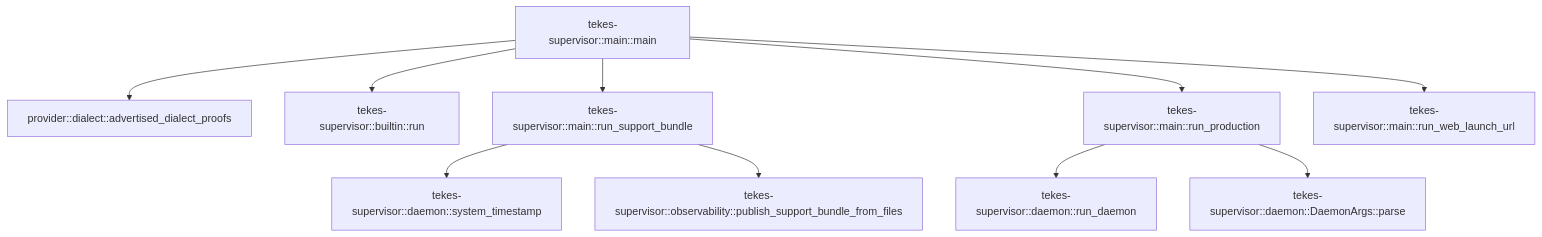
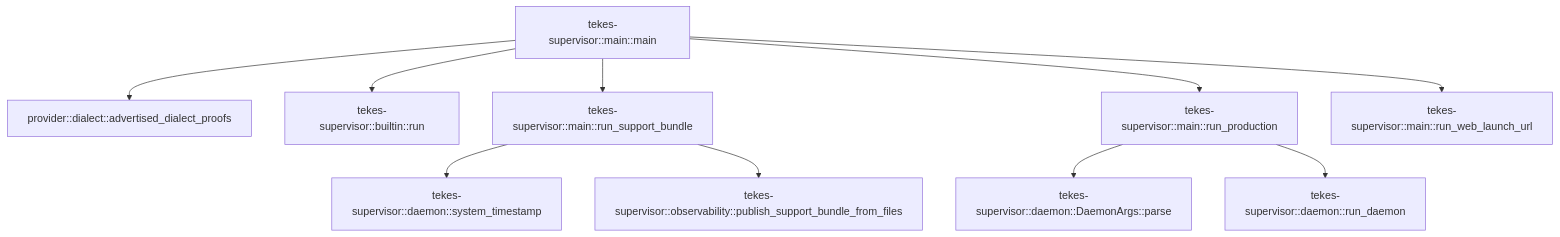
One commit to TekesApps/TekesKernel changed the diagram in crates/supervisor/docs/generated/src--main.md. Above: the diagram before and after it, drawn with Mermaid. The commit also changed other lines of this file and 27 other files, not shown here.

````diff
--- a/crates/supervisor/docs/generated/src--main.md
+++ b/crates/supervisor/docs/generated/src--main.md
@@ -36,22 +36,22 @@
 ```mermaid
 flowchart TD
   n0["provider::dialect::advertised_dialect_proofs"]
   n1["tekes-supervisor::builtin::run"]
-  n2["tekes-supervisor::daemon::system_timestamp"]
-  n3["tekes-supervisor::daemon::run_daemon"]
-  n4["tekes-supervisor::daemon::DaemonArgs::parse"]
+  n2["tekes-supervisor::daemon::DaemonArgs::parse"]
+  n3["tekes-supervisor::daemon::system_timestamp"]
+  n4["tekes-supervisor::daemon::run_daemon"]
   n5["tekes-supervisor::main::run_support_bundle"]
   n6["tekes-supervisor::main::run_production"]
   n7["tekes-supervisor::main::main"]
   n8["tekes-supervisor::main::run_web_launch_url"]
   n9["tekes-supervisor::observability::publish_support_bundle_from_files"]
-  n5 --> n2
+  n5 --> n3
   n5 --> n9
-  n6 --> n3
+  n6 --> n2
   n6 --> n4
   n7 --> n0
   n7 --> n1
   n7 --> n5
   n7 --> n6
   n7 --> n8
 ```
````
